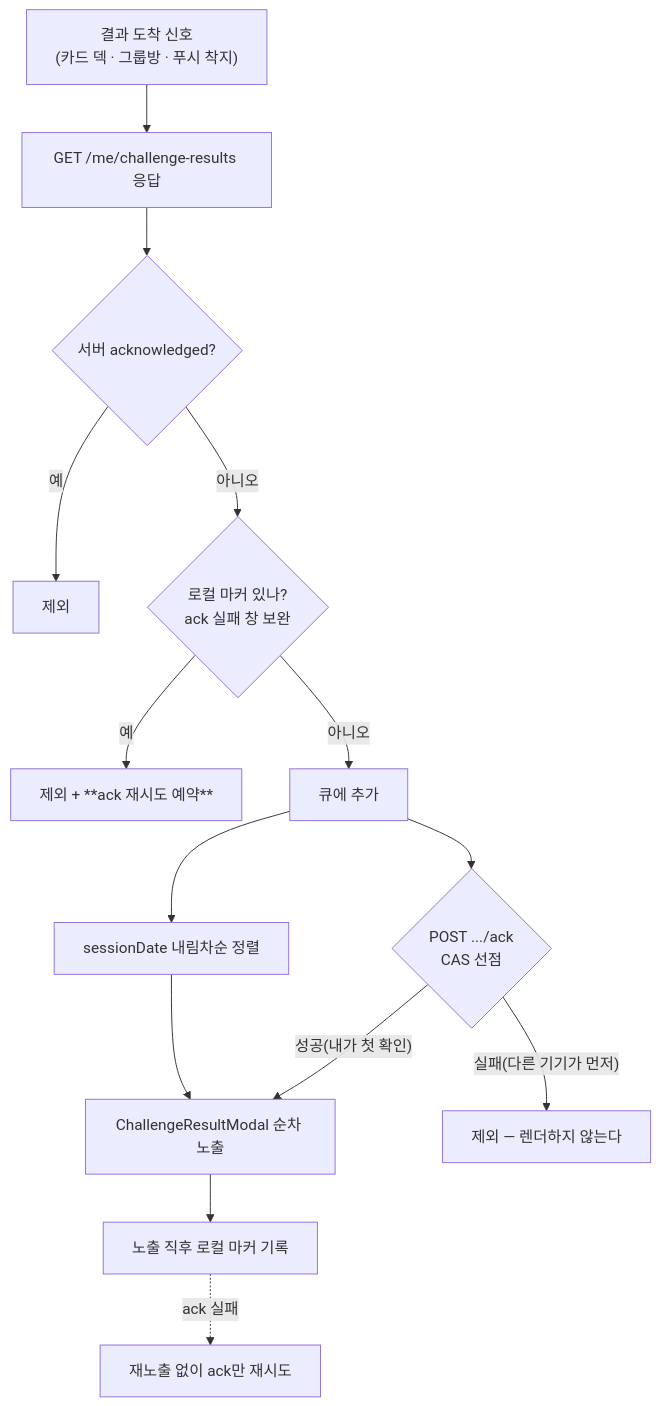
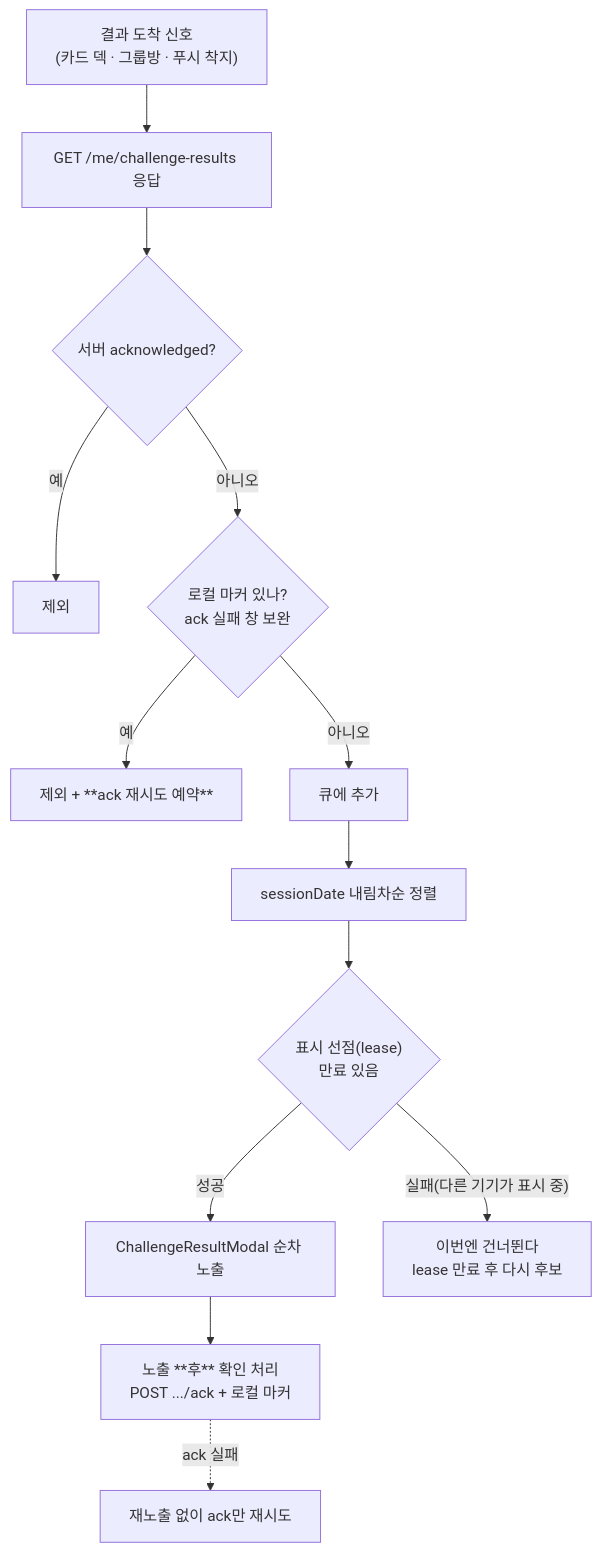
The ninth of 11 diagrams in docs/prd/challenge/information-architecture.md (OneOrThree/phone), drawn with Mermaid before and after one commit. The commit also changed other lines of this file and 1 other file, not shown here.

````diff
--- a/docs/prd/challenge/information-architecture.md
+++ b/docs/prd/challenge/information-architecture.md
@@ -463,16 +469,15 @@
 ```mermaid
 flowchart TB
     L["결과 도착 신호<br/>(카드 덱 · 그룹방 · 푸시 착지)"] --> P["GET /me/challenge-results 응답"]
     P --> F1{"서버 acknowledged?"}
     F1 -->|예| X1["제외"]
     F1 -->|아니오| F2{"로컬 마커 있나?<br/>ack 실패 창 보완"}
     F2 -->|예| X2["제외 + **ack 재시도 예약**"]
     F2 -->|아니오| Q2["큐에 추가"]
     Q2 --> S["sessionDate 내림차순 정렬"]
-    S --> M["ChallengeResultModal 순차 노출"]
-    Q2 --> C{"POST .../ack<br/>CAS 선점"}
-    C -->|"성공(내가 첫 확인)"| M
-    C -->|"실패(다른 기기가 먼저)"| X3["제외 — 렌더하지 않는다"]
-    M --> A["노출 직후 로컬 마커 기록"]
+    S --> C{"표시 선점(lease)<br/>만료 있음"}
+    C -->|"성공"| M["ChallengeResultModal 순차 노출"]
+    C -->|"실패(다른 기기가 표시 중)"| X3["이번엔 건너뛴다<br/>lease 만료 후 다시 후보"]
+    M --> A["노출 **후** 확인 처리<br/>POST .../ack + 로컬 마커"]
     A -.->|"ack 실패"| R["재노출 없이 ack만 재시도"]
 ```
````
